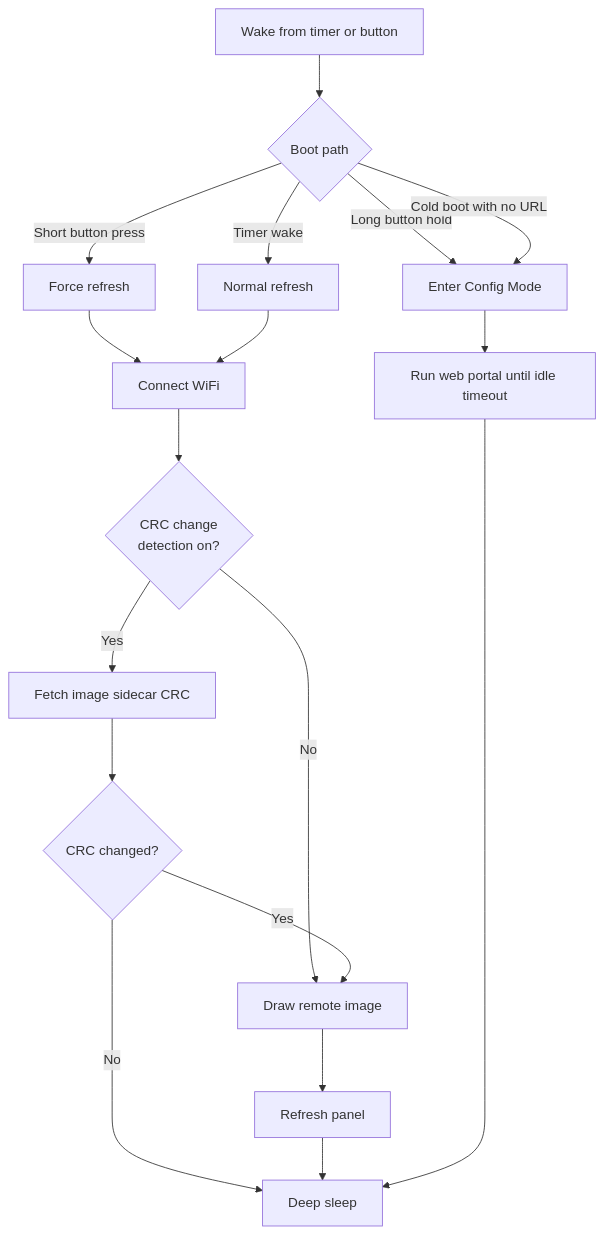
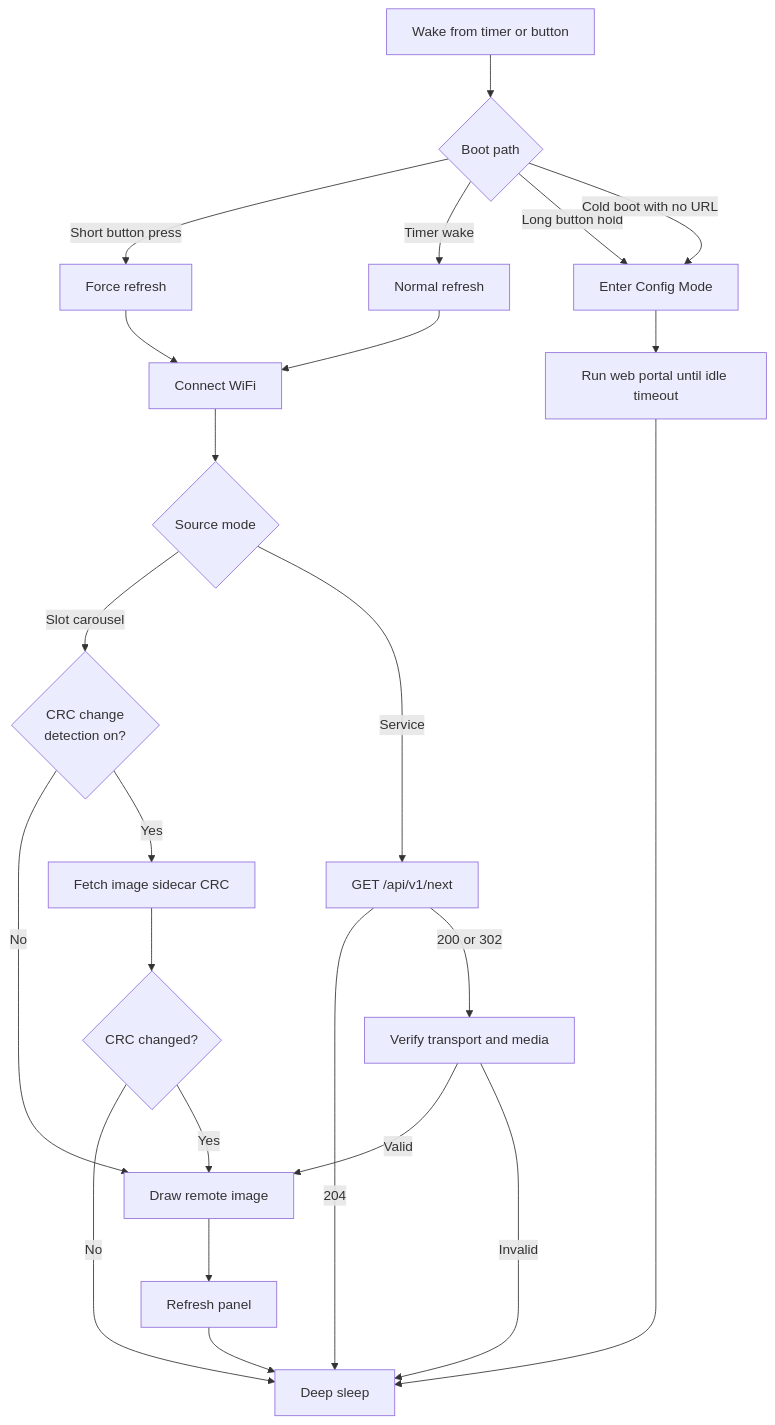
Before and after one commit to jantielens/esp32-macropad: the diagram in docs/epaper-guide.md, drawn with Mermaid. The commit also changed other lines of this file and 28 other files, not shown here.

First line of the commit message:
feat(epaper): add next-image service client

````diff
--- a/docs/epaper-guide.md
+++ b/docs/epaper-guide.md
@@ -39,21 +39,27 @@
 ```mermaid
 flowchart TD
     Wake[Wake from timer or button] --> Mode{Boot path}
     Mode -->|Short button press| Force[Force refresh]
     Mode -->|Timer wake| Normal[Normal refresh]
     Mode -->|Long button hold| Config[Enter Config Mode]
     Mode -->|Cold boot with no URL| Config
 
     Force --> Wifi[Connect WiFi]
     Normal --> Wifi
-    Wifi --> CrcEn{CRC change\ndetection on?}
+    Wifi --> Source{Source mode}
+    Source -->|Slot carousel| CrcEn{CRC change\ndetection on?}
+    Source -->|Service| Next[GET /api/v1/next]
     CrcEn -->|No| Draw[Draw remote image]
     CrcEn -->|Yes| Sidecar[Fetch image sidecar CRC]
     Sidecar --> Compare{CRC changed?}
     Compare -->|No| Sleep[Deep sleep]
     Compare -->|Yes| Draw
+    Next -->|204| Sleep
+    Next -->|200 or 302| Verify[Verify transport and media]
+    Verify -->|Valid| Draw
+    Verify -->|Invalid| Sleep
     Draw --> Panel[Refresh panel]
     Panel --> Sleep
     Config --> Portal[Run web portal until idle timeout]
     Portal --> Sleep
 ```
````
